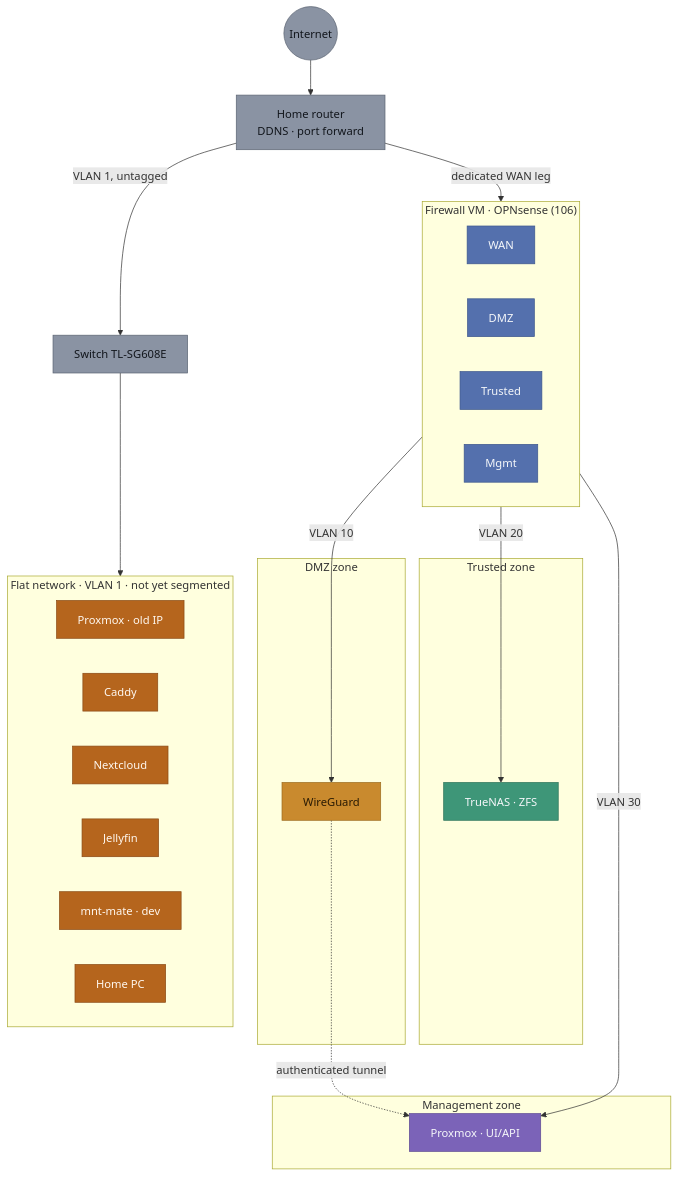
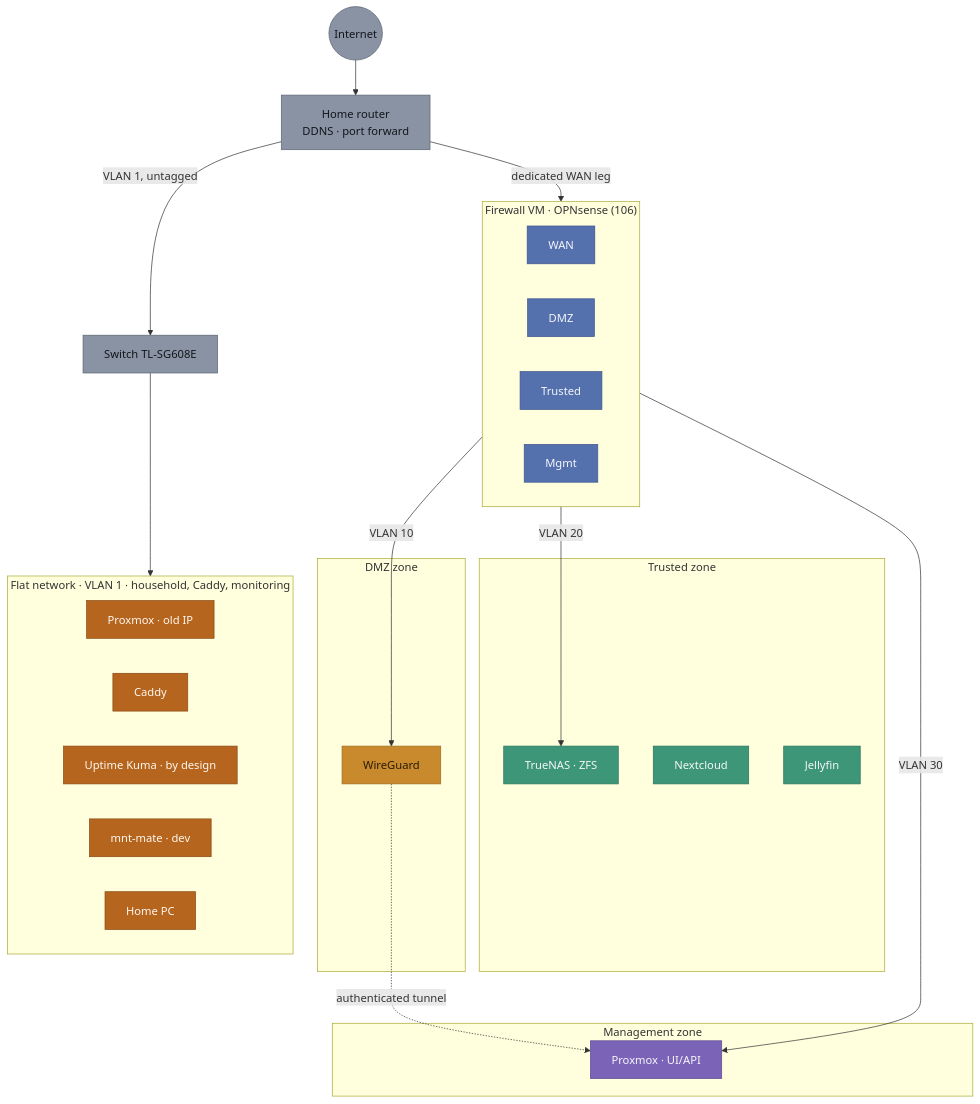
Before and after one commit to RuiGRMargarido/homelab: the first of 5 diagrams in docs/NETWORK.md, drawn with Mermaid. The commit also changed other lines of this file and 3 other files, not shown here.

````diff
--- a/docs/NETWORK.md
+++ b/docs/NETWORK.md
@@ -15,54 +15,55 @@
 ```mermaid
 flowchart TB
     INT(("Internet")):::neut
     ROUTER["Home router<br/>DDNS · port forward"]:::neut
     INT --> ROUTER
 
     SW["Switch TL-SG608E"]:::neut
     ROUTER -- "VLAN 1, untagged" --> SW
     ROUTER -- "dedicated WAN leg" --> FWWAN
 
-    subgraph FLAT["Flat network · VLAN 1 · not yet segmented"]
+    subgraph FLAT["Flat network · VLAN 1 · household, Caddy, monitoring"]
         PVEA["Proxmox · old IP"]:::flat
         CADDY["Caddy"]:::flat
-        NC["Nextcloud"]:::flat
-        JF["Jellyfin"]:::flat
+        KUMA["Uptime Kuma · by design"]:::flat
         MNT["mnt-mate · dev"]:::flat
         PC["Home PC"]:::flat
     end
 
     SW --> FLAT
 
     subgraph FW["Firewall VM · OPNsense (106)"]
         direction LR
         FWWAN["WAN"]:::fw
         FWDMZ["DMZ"]:::fw
         FWTRU["Trusted"]:::fw
         FWMGM["Mgmt"]:::fw
     end
 
     FWDMZ -- "VLAN 10" --> WG
     FWTRU -- "VLAN 20" --> TN
     FWMGM -- "VLAN 30" --> PVEB
 
     subgraph DMZ["DMZ zone"]
         WG["WireGuard"]:::dmz
     end
 
     subgraph TRUSTED["Trusted zone"]
+        NC["Nextcloud"]:::tru
+        JF["Jellyfin"]:::tru
         TN["TrueNAS · ZFS"]:::tru
     end
 
     subgraph MGMT["Management zone"]
         PVEB["Proxmox · UI/API"]:::mgmt
     end
 
     WG -. "authenticated tunnel" .-> PVEB
 
     classDef neut fill:#8A93A3,stroke:#5B6472,color:#12161C
     classDef flat fill:#B5651D,stroke:#8A4A15,color:#FFF8F0
     classDef fw fill:#5470AD,stroke:#3C568C,color:#F5F7FA
     classDef dmz fill:#C98A2E,stroke:#9C6B1F,color:#2A1B04
     classDef mgmt fill:#7B63B8,stroke:#5E4A93,color:#F5F7FA
     classDef tru fill:#3E9678,stroke:#2C7259,color:#F5F7FA
 ```
````
